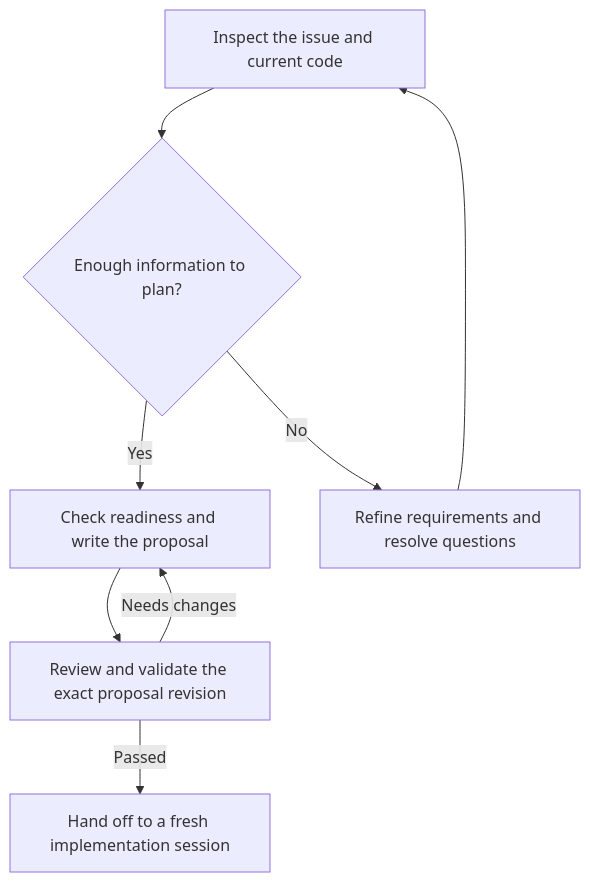
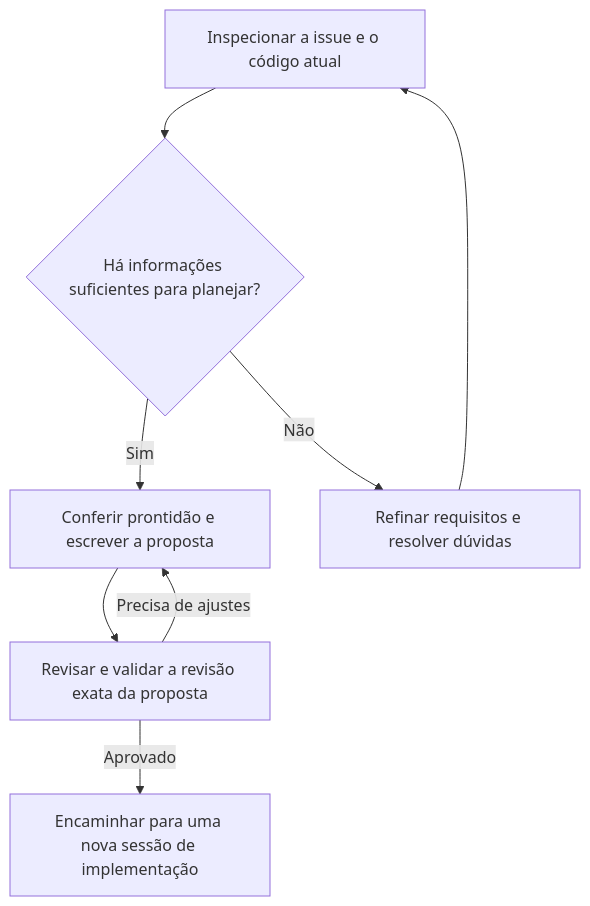
The second of 5 diagrams in README.md (rocker-code/my-ai-skills), drawn with Mermaid before and after one commit. The commit also changed other lines of this file and 7 other files, not shown here.

````diff
--- a/README.md
+++ b/README.md
@@ -84,10 +86,10 @@
 ```mermaid
 flowchart TD
-    A["Inspect the issue and current code"] --> B{"Enough information to plan?"}
-    B -->|Yes| C["Check readiness and write the proposal"]
-    B -->|No| D["Refine requirements and resolve questions"]
+    A["Inspecionar a issue e o código atual"] --> B{"Há informações suficientes para planejar?"}
+    B -->|Sim| C["Conferir prontidão e escrever a proposta"]
+    B -->|Não| D["Refinar requisitos e resolver dúvidas"]
     D --> A
-    C --> E["Review and validate the exact proposal revision"]
-    E -->|Passed| F["Hand off to a fresh implementation session"]
-    E -->|Needs changes| C
+    C --> E["Revisar e validar a revisão exata da proposta"]
+    E -->|Aprovado| F["Encaminhar para uma nova sessão de implementação"]
+    E -->|Precisa de ajustes| C
 ```
````
